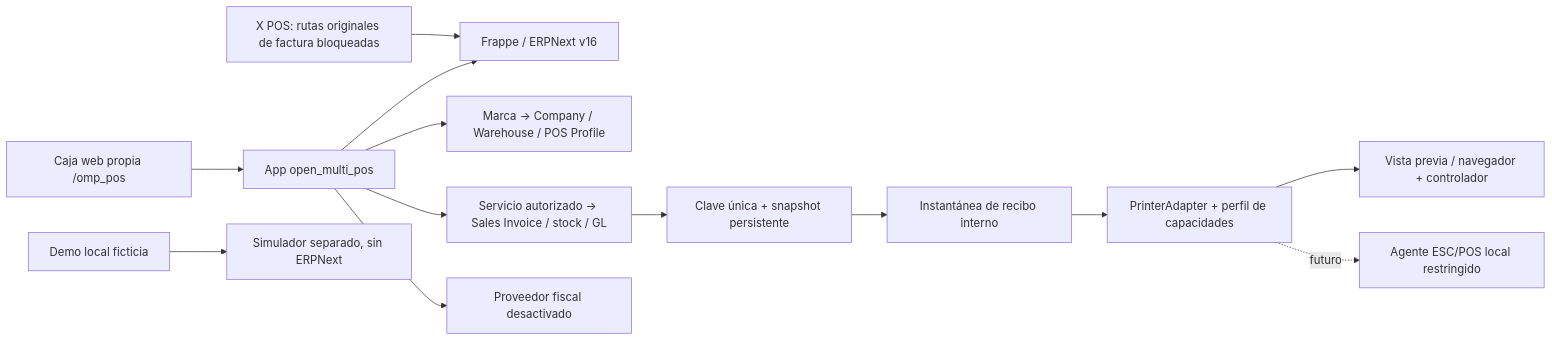
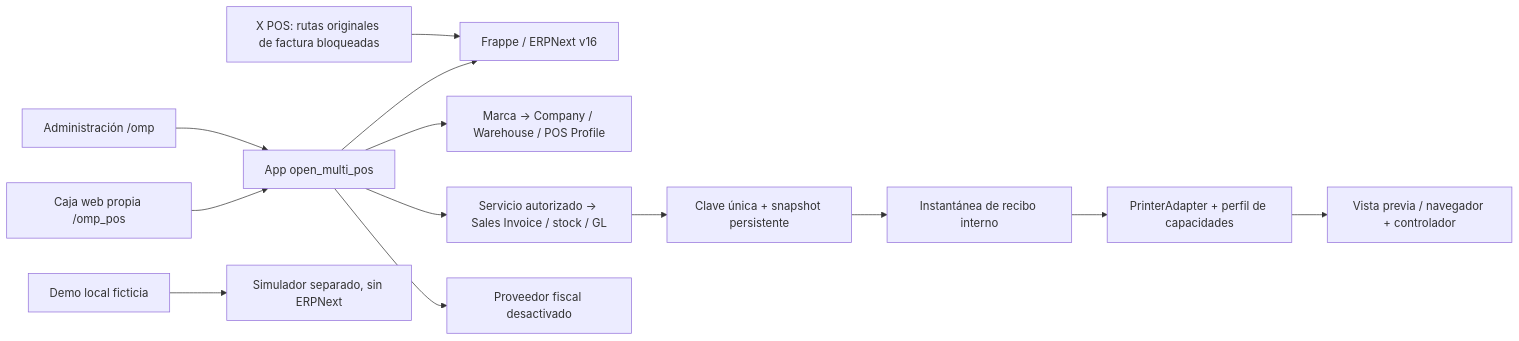
The diagram in docs/architecture.md (JSX2011/OpenMultiPOS), drawn with Mermaid before and after one commit. The commit also changed other lines of this file and 65 other files, not shown here.

````diff
--- a/docs/architecture.md
+++ b/docs/architecture.md
@@ -3,15 +3,15 @@
 ```mermaid
 flowchart LR
+    Admin[Administración /omp] --> O
     POS[Caja web propia /omp_pos] --> O
     X[X POS: rutas originales de factura bloqueadas] --> F[Frappe / ERPNext v16]
     O[App open_multi_pos] --> F
     O --> B[Marca → Company / Warehouse / POS Profile]
     O --> N[Servicio autorizado → Sales Invoice / stock / GL]
     N --> J[Clave única + snapshot persistente]
     J --> R[Instantánea de recibo interno]
     R --> P[PrinterAdapter + perfil de capacidades]
     P --> V[Vista previa / navegador + controlador]
-    P -. futuro .-> E[Agente ESC/POS local restringido]
     O --> D[Proveedor fiscal desactivado]
     Demo[Demo local ficticia] --> Sim[Simulador separado, sin ERPNext]
 ```
````
